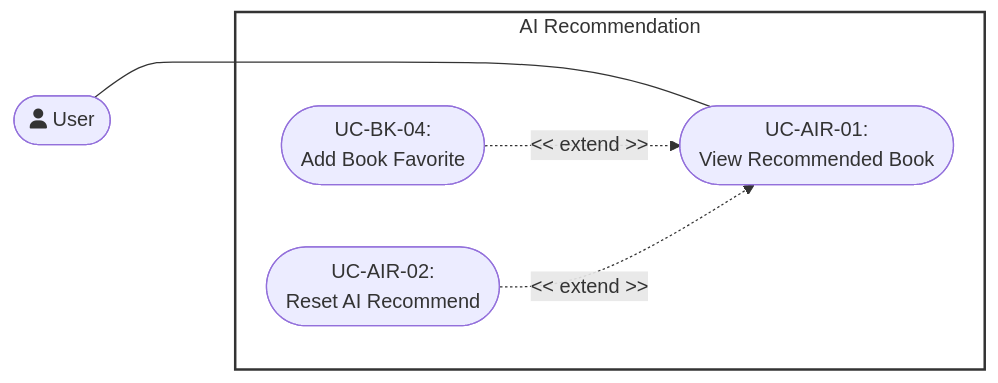
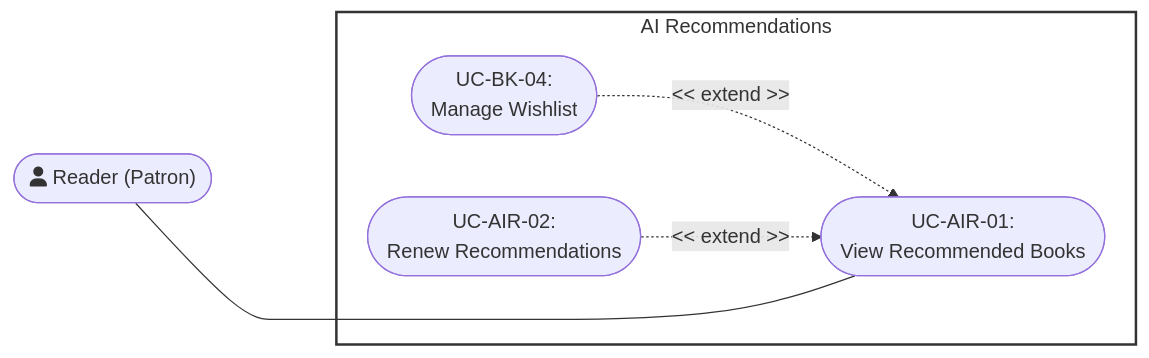
The seventh of 9 diagrams in docs/management/PA4/Use-CaseDiagram.md (DuyNhat1705/AmeThyst-Library), drawn with Mermaid before and after one commit. The commit also changed other lines of this file and 13 other files, not shown here.

````diff
--- a/docs/management/PA4/Use-CaseDiagram.md
+++ b/docs/management/PA4/Use-CaseDiagram.md
@@ -306,14 +266,17 @@
 ```mermaid
 flowchart LR
- subgraph AIRecommendation["AI Recommendation"]
-        UC1(["<center>UC-BK-04:<br>Add Book Favorite</center>"])
-        UC2(["<center>UC-AIR-01:<br>View Recommended Book</center>"])
-        UC3(["<center>UC-AIR-02:<br>Reset AI Recommend</center>"])
-  end
-    ActorUser(["<center>fa:fa-user User</center>"]) ~~~~ AIRecommendation 
-    ActorUser --- UC2
-    UC1 -. "<< extend >>" .-> UC2
-    UC3 -. "<< extend >>" .-> UC2
+    Reader(["<center>fa:fa-user Reader (Patron)</center>"])
+
+    subgraph AIRecommendation [AI Recommendations]
+        UC_Wishlist(["<center>UC-BK-04:<br/>Manage Wishlist</center>"])
+        UC_View(["<center>UC-AIR-01:<br/>View Recommended Books</center>"])
+        UC_Renew(["<center>UC-AIR-02:<br/>Renew Recommendations</center>"])
+        UC_Wishlist -. "<< extend >>" .-> UC_View
+        UC_Renew -. "<< extend >>" .-> UC_View
+    end
+
+    Reader ~~~~ AIRecommendation
+    Reader --- UC_View
 
     style AIRecommendation fill:#fff,stroke:#333,stroke-width:2px
 ```
````
